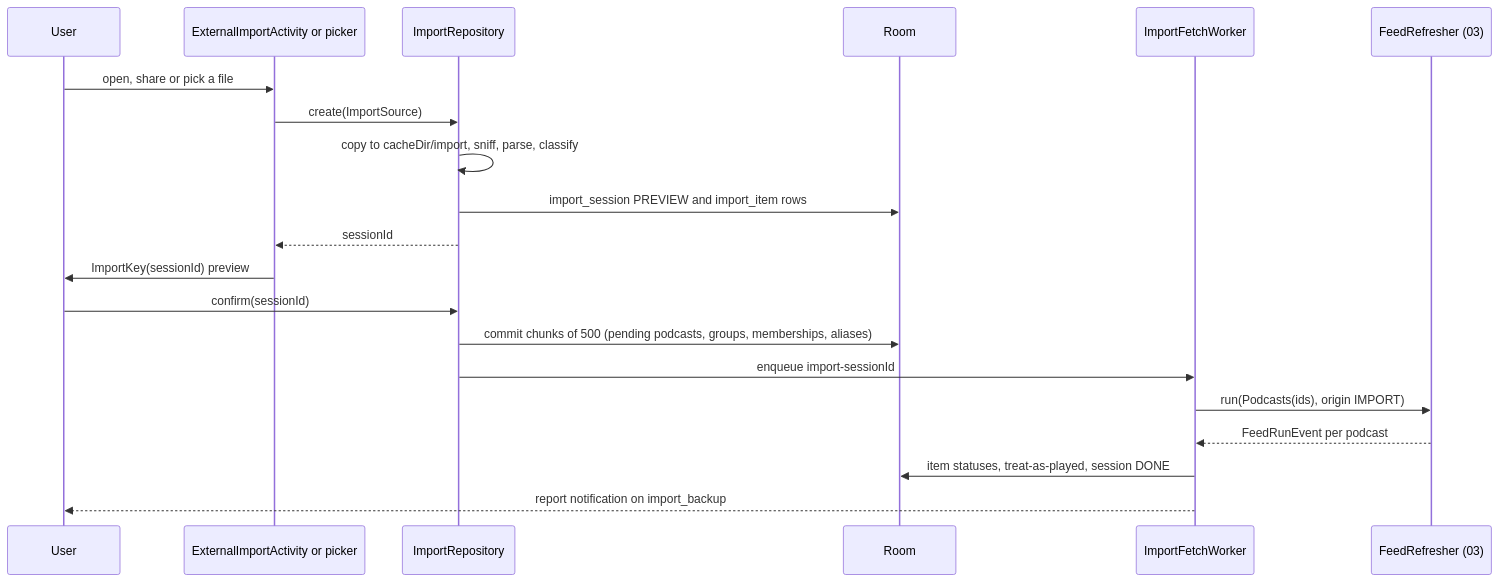
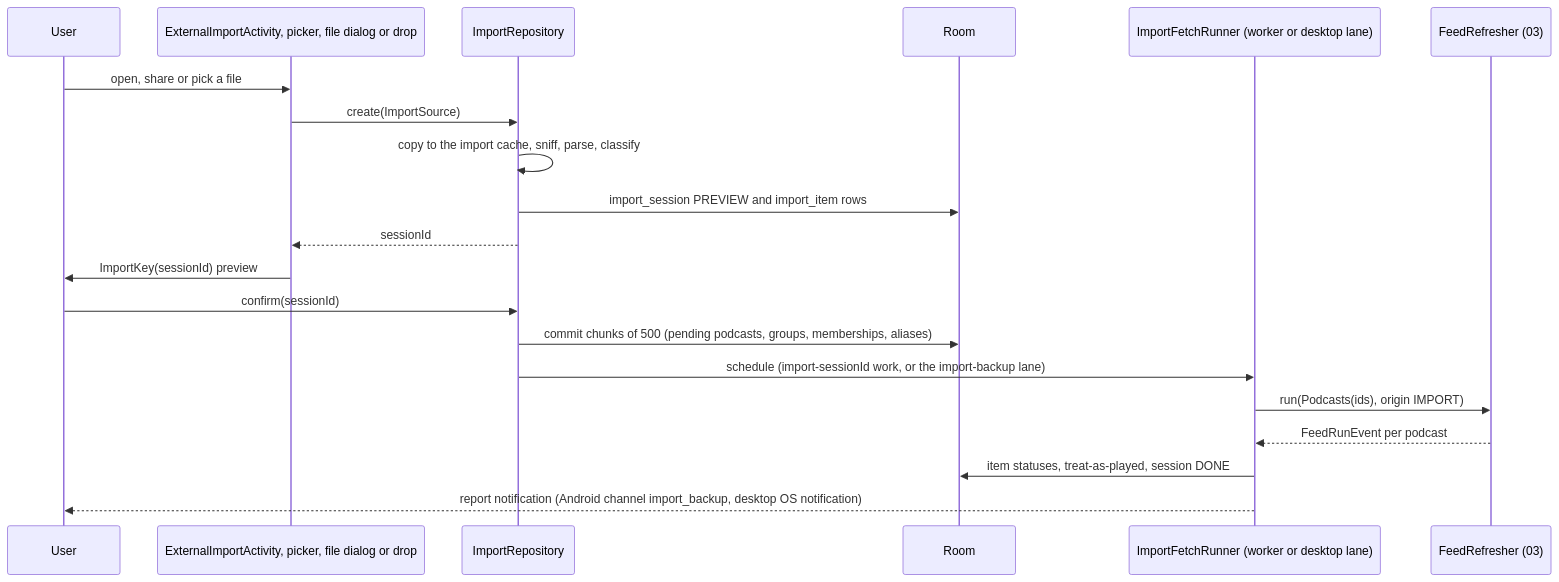
One commit to BigBoyDevBox/Neutrodyne changed the fourth of 8 diagrams in docs/design/05-groups-opml-backup.md. Above: the diagram before and after it, drawn with Mermaid. The commit also changed other lines of this file and 2 other files, not shown here.

````diff
--- a/docs/design/05-groups-opml-backup.md
+++ b/docs/design/05-groups-opml-backup.md
@@ -727,22 +793,22 @@
 ```mermaid
 sequenceDiagram
   participant U as User
-  participant E as ExternalImportActivity or picker
+  participant E as ExternalImportActivity, picker, file dialog or drop
   participant I as ImportRepository
   participant DB as Room
-  participant W as ImportFetchWorker
+  participant W as ImportFetchRunner (worker or desktop lane)
   participant R as FeedRefresher (03)
   U->>E: open, share or pick a file
   E->>I: create(ImportSource)
-  I->>I: copy to cacheDir/import, sniff, parse, classify
+  I->>I: copy to the import cache, sniff, parse, classify
   I->>DB: import_session PREVIEW and import_item rows
   I-->>E: sessionId
   E->>U: ImportKey(sessionId) preview
   U->>I: confirm(sessionId)
   I->>DB: commit chunks of 500 (pending podcasts, groups, memberships, aliases)
-  I->>W: enqueue import-sessionId
+  I->>W: schedule (import-sessionId work, or the import-backup lane)
   W->>R: run(Podcasts(ids), origin IMPORT)
   R-->>W: FeedRunEvent per podcast
   W->>DB: item statuses, treat-as-played, session DONE
-  W-->>U: report notification on import_backup
+  W-->>U: report notification (Android channel import_backup, desktop OS notification)
 ```
````
